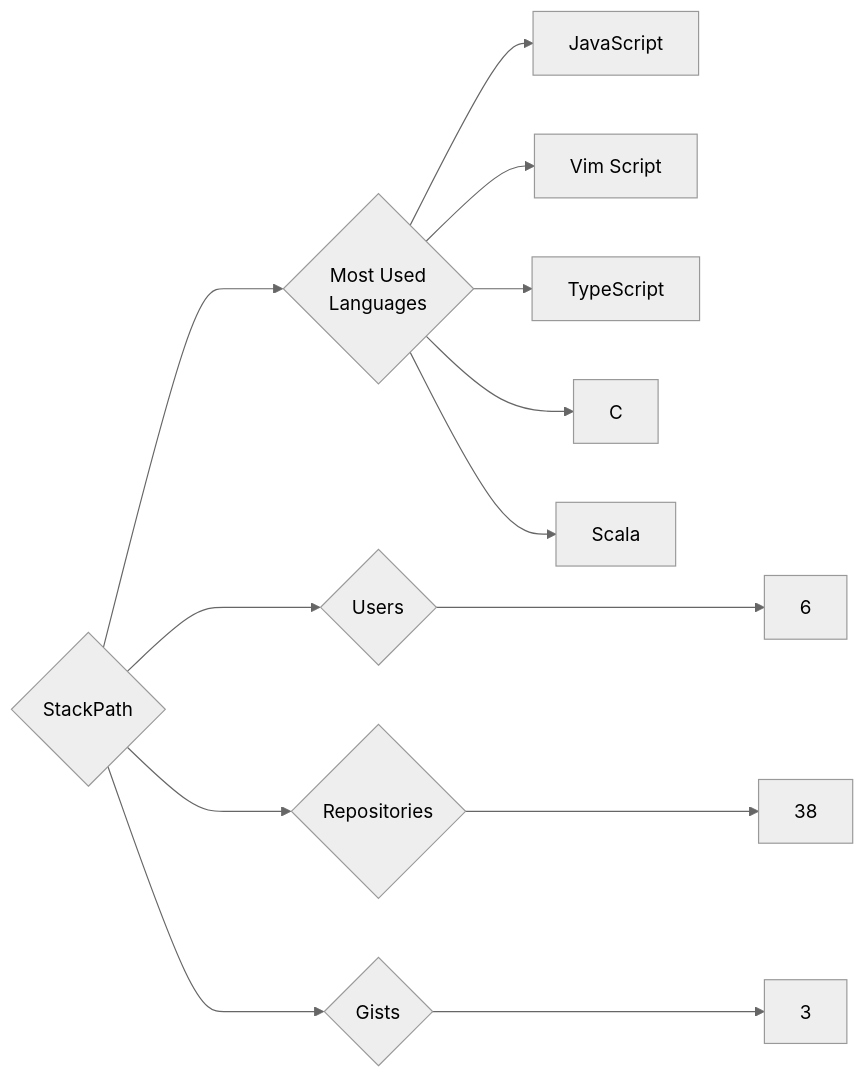
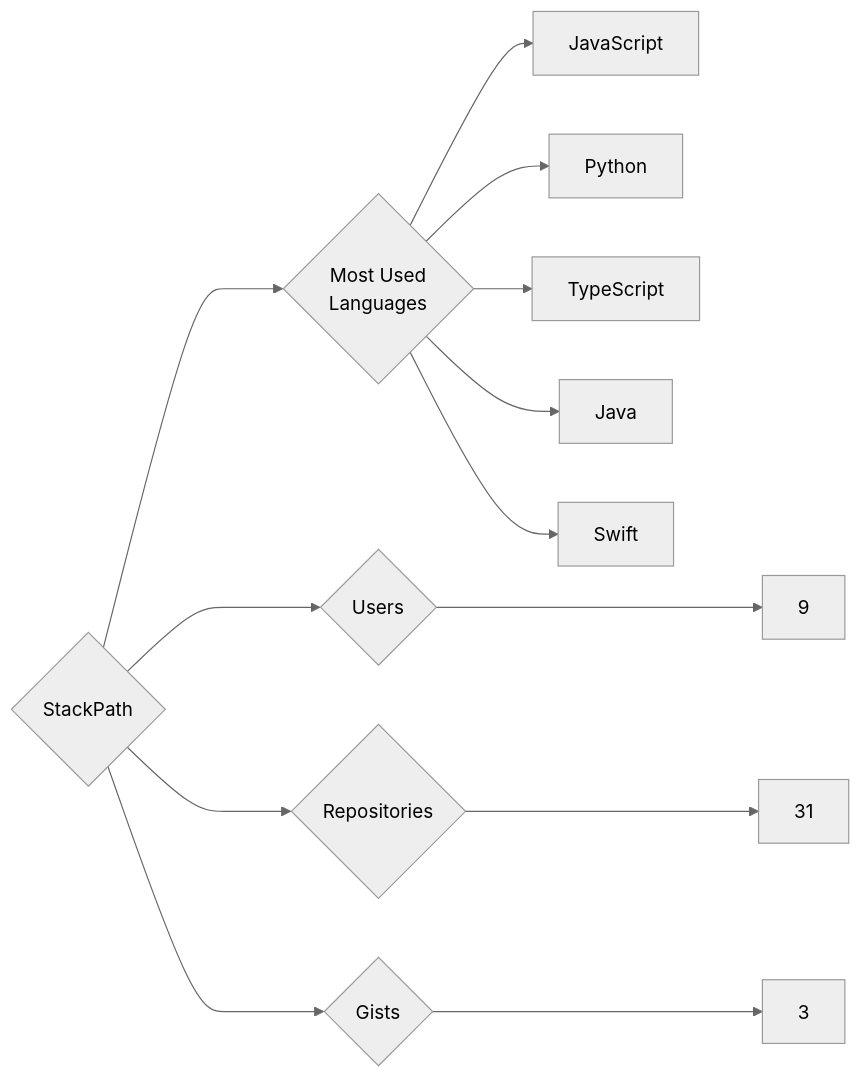
The diagram in targets/StackPath/README.md (trickest/insiders), drawn with Mermaid (neutral theme) before and after one commit. The commit also changed 797 other files, not shown here.

````diff
--- a/targets/StackPath/README.md
+++ b/targets/StackPath/README.md
@@ -3,13 +3,13 @@
 ```mermaid
 graph LR
 COMPANY_NAME{StackPath}
-COMPANY_NAME ---> U{Users} ---> UN[6]
-COMPANY_NAME ---> R{Repositories} ---> RN[38]
+COMPANY_NAME ---> U{Users} ---> UN[9]
+COMPANY_NAME ---> R{Repositories} ---> RN[31]
 COMPANY_NAME ---> G{Gists} ---> GN[3]
 COMPANY_NAME ---> ML{Most Used<br>Languages}
 ML --> JavaScript[JavaScript]
-ML --> Vim_Script[Vim Script]
+ML --> Python[Python]
 ML --> TypeScript[TypeScript]
-ML --> C[C]
-ML --> Scala[Scala]
+ML --> Java[Java]
+ML --> Swift[Swift]
 ```
````
